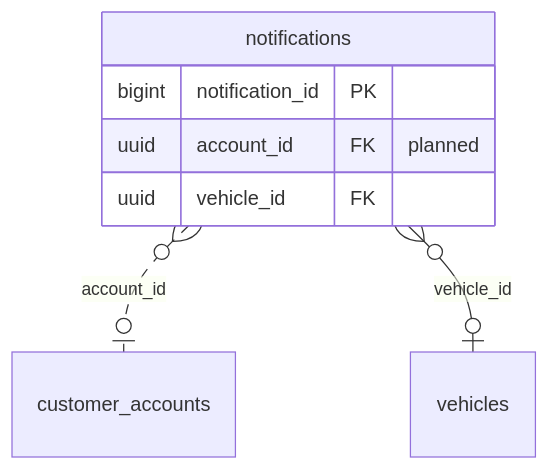
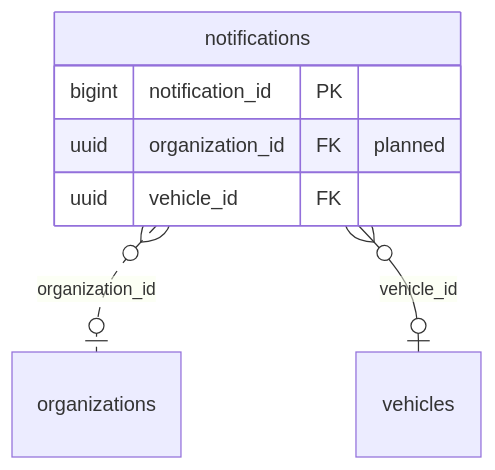
The diagram in docs/01-requirements/domain-model/domains/notifications.md (yolo-coccoc/G3Network-app), drawn with Mermaid before and after one commit. The commit also changed other lines of this file and 20 other files, not shown here.

````diff
--- a/docs/01-requirements/domain-model/domains/notifications.md
+++ b/docs/01-requirements/domain-model/domains/notifications.md
@@ -16,10 +16,10 @@
 ```mermaid
 erDiagram
   notifications {
     bigint notification_id PK
-    uuid account_id FK "planned"
+    uuid organization_id FK "planned"
     uuid vehicle_id FK
   }
-  notifications }o..o| customer_accounts : "account_id"
+  notifications }o..o| organizations : "organization_id"
   notifications }o--o| vehicles : "vehicle_id"
 ```
````
